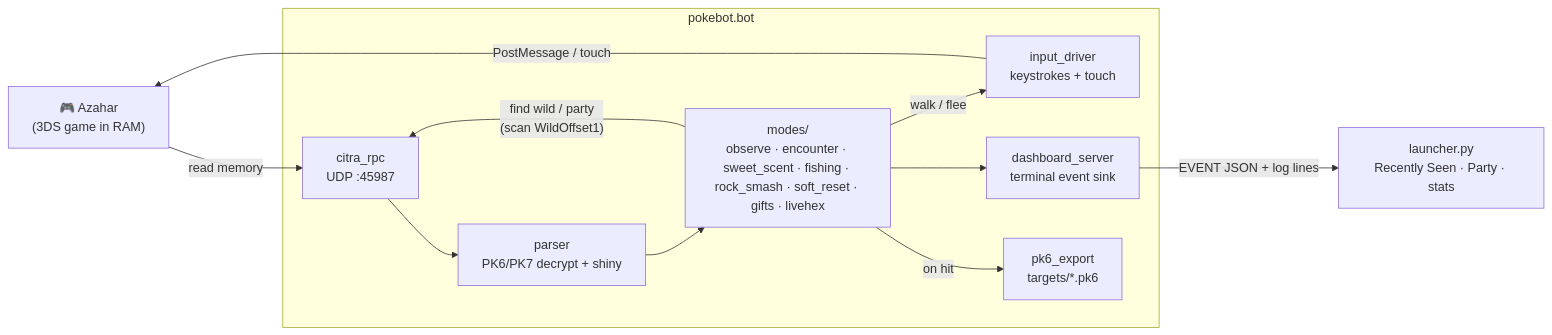
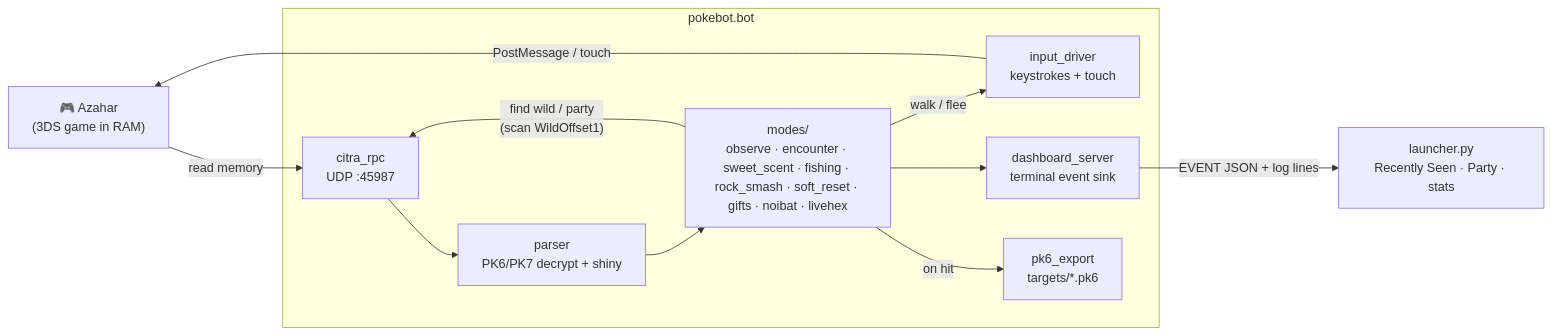
The diagram in README.md (romanrdecaro-arch/pokebot-3ds), drawn with Mermaid before and after one commit. The commit also changed other lines of this file and 9 other files, not shown here.

First line of the commit message:
feat: noibat mode — shaking-spot soft reset that stops only on a shiny Noibat

````diff
--- a/README.md
+++ b/README.md
@@ -303,25 +304,25 @@
 ```mermaid
 flowchart LR
     AZ["🎮 Azahar<br/>(3DS game in RAM)"]
 
     subgraph BOT["pokebot.bot"]
         RPC["citra_rpc<br/>UDP :45987"]
         PAR["parser<br/>PK6/PK7 decrypt + shiny"]
-        MOD["modes/<br/>observe · encounter · sweet_scent · fishing · rock_smash · soft_reset · gifts · livehex"]
+        MOD["modes/<br/>observe · encounter · sweet_scent · fishing · rock_smash · soft_reset · gifts · noibat · livehex"]
         INP["input_driver<br/>keystrokes + touch"]
         DASH["dashboard_server<br/>terminal event sink"]
         EXP["pk6_export<br/>targets/*.pk6"]
     end
 
     LAUNCH["launcher.py<br/>Recently Seen · Party · stats"]
 
     AZ -- "read memory" --> RPC
     RPC --> PAR
     PAR --> MOD
     MOD -- "find wild / party<br/>(scan WildOffset1)" --> RPC
     MOD -- "walk / flee" --> INP
     INP -- "PostMessage / touch" --> AZ
     MOD --> DASH
     MOD -- "on hit" --> EXP
     DASH -- "EVENT JSON + log lines" --> LAUNCH
 ```
````
